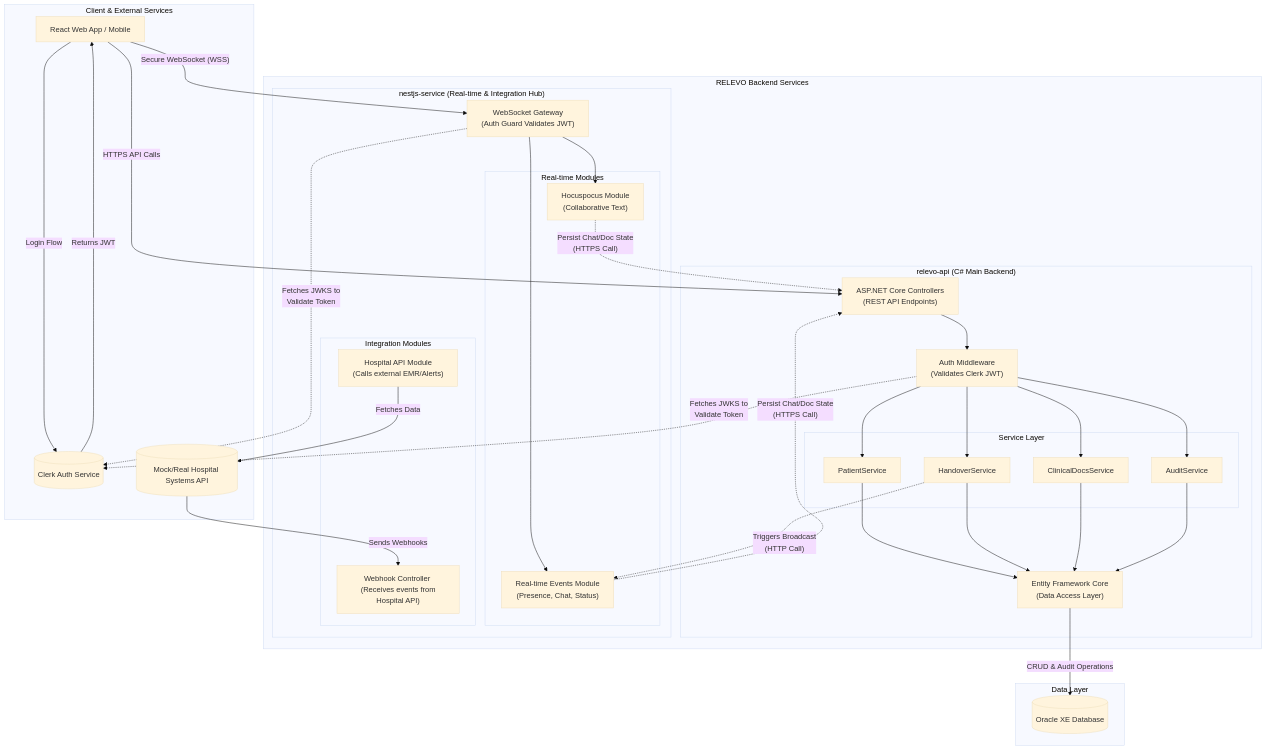
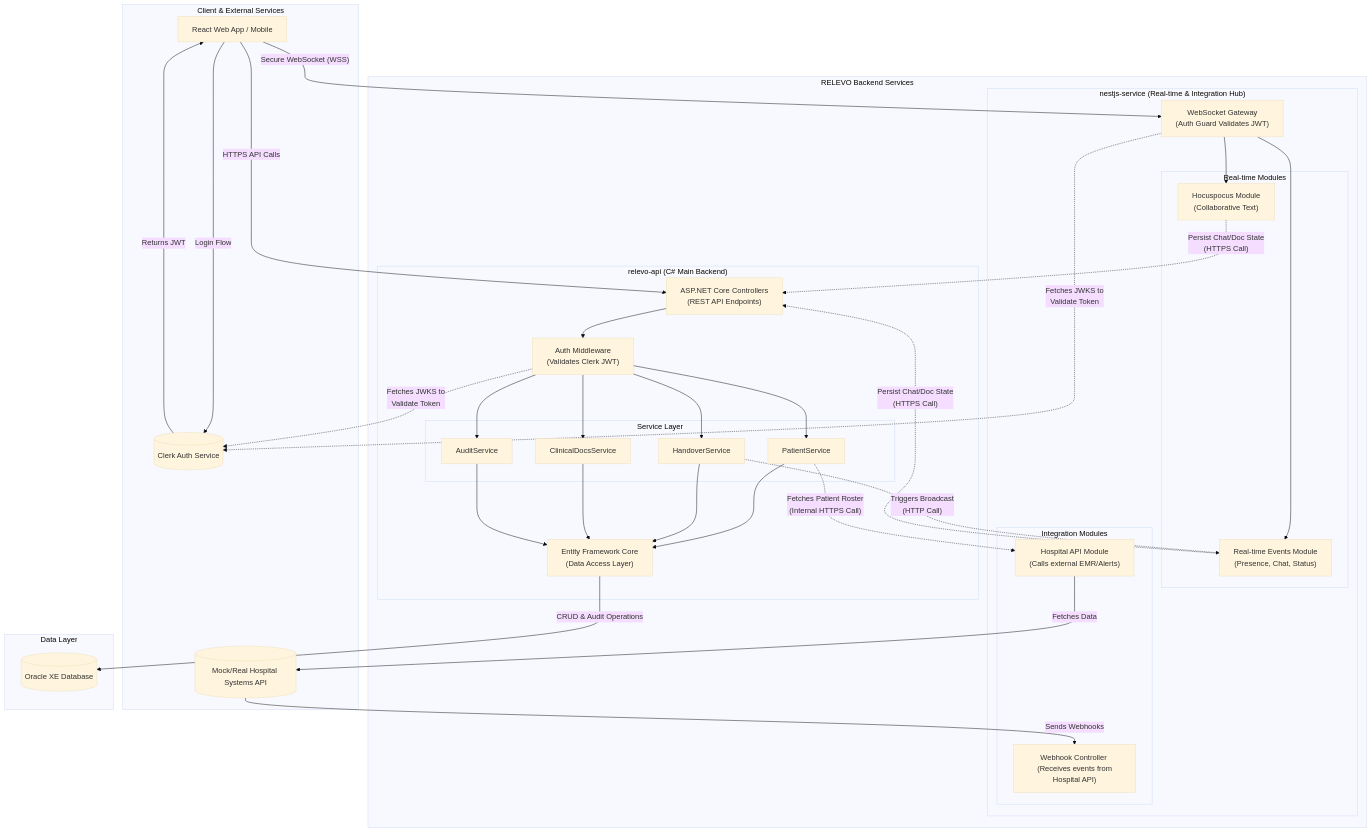
Before and after one commit to LuisCusihuaman/relevo-static-poc: the diagram in docs/BACKEND_APP.md, drawn with Mermaid (base theme). The commit also changed other lines of this file, not shown here.

Commit message:
Enhance BACKEND_APP.md documentation by adding details on patient roster fetching via internal API calls and clarifying data persistence processes for real-time events. Updated descriptions for collaborative features and external API integration to improve clarity and comprehensiveness.

````diff
--- a/docs/BACKEND_APP.md
+++ b/docs/BACKEND_APP.md
@@ -13,82 +13,82 @@
 ```mermaid
 graph TD
     subgraph "Client & External Services"
         CLIENT["React Web App / Mobile"]
         CLERK[("Clerk Auth Service")]
         HOSPITAL_API[("Mock/Real Hospital Systems API")]
     end
 
     subgraph "RELEVO Backend Services"
         subgraph "relevo-api (C# Main Backend)"
             CS_ENTRY["ASP.NET Core Controllers <br> (REST API Endpoints)"]
             CS_AUTH["Auth Middleware <br> (Validates Clerk JWT)"]
 
             subgraph "Service Layer"
                 CS_PATIENT_SVC["PatientService"]
                 CS_HANDOVER_SVC["HandoverService"]
                 CS_DOCS_SVC["ClinicalDocsService"]
                 CS_AUDIT_SVC["AuditService"]
             end
 
             CS_DAL["Entity Framework Core <br> (Data Access Layer)"]
 
             CS_ENTRY --> CS_AUTH
             CS_AUTH --> CS_PATIENT_SVC
             CS_AUTH --> CS_HANDOVER_SVC
             CS_AUTH --> CS_DOCS_SVC
             CS_AUTH --> CS_AUDIT_SVC
 
             CS_PATIENT_SVC --> CS_DAL
             CS_HANDOVER_SVC --> CS_DAL
             CS_DOCS_SVC --> CS_DAL
             CS_AUDIT_SVC --> CS_DAL
 
         end
 
         subgraph "nestjs-service (Real-time & Integration Hub)"
             NS_GATEWAY["WebSocket Gateway <br> (Auth Guard Validates JWT)"]
 
             subgraph "Real-time Modules"
                 NS_HOCUS["Hocuspocus Module <br> (Collaborative Text)"]
                 NS_EVENTS["Real-time Events Module <br> (Presence, Chat, Status)"]
             end
 
             subgraph "Integration Modules"
                 NS_WEBHOOKS["Webhook Controller <br> (Receives events from Hospital API)"]
                 NS_HOSPITAL_SDK["Hospital API Module <br> (Calls external EMR/Alerts)"]
             end
 
             NS_GATEWAY --> NS_HOCUS
             NS_GATEWAY --> NS_EVENTS
         end
     end
 
     subgraph "Data Layer"
         DB[("Oracle XE Database")]
     end
 
     %% --- Connections ---
 
     %% Client to Backend
     CLIENT -- "HTTPS API Calls" --> CS_ENTRY
     CLIENT -- "Secure WebSocket (WSS)" --> NS_GATEWAY
 
     %% Auth Flow
     CLIENT -- "Login Flow" --> CLERK
     CLERK -- "Returns JWT" --> CLIENT
     CS_AUTH -.-> |"Fetches JWKS to<br>Validate Token"| CLERK
     NS_GATEWAY -.-> |"Fetches JWKS to<br>Validate Token"| CLERK
 
     %% Data Flow
     CS_DAL -- "CRUD & Audit Operations" --> DB
     
     %% Real-time Flow
     CS_HANDOVER_SVC -.-> |"Triggers Broadcast <br> (HTTP Call)"| NS_EVENTS
     NS_HOCUS -.-> |"Persist Chat/Doc State <br> (HTTPS Call)"| CS_ENTRY
     NS_EVENTS -.-> |"Persist Chat/Doc State <br> (HTTPS Call)"| CS_ENTRY
 
-
     %% Integration Flow
+    CS_PATIENT_SVC -.-> |"Fetches Patient Roster<br>(Internal HTTPS Call)"| NS_HOSPITAL_SDK
     NS_HOSPITAL_SDK -- "Fetches Data" --> HOSPITAL_API
     HOSPITAL_API -- "Sends Webhooks" --> NS_WEBHOOKS
 ```
````
